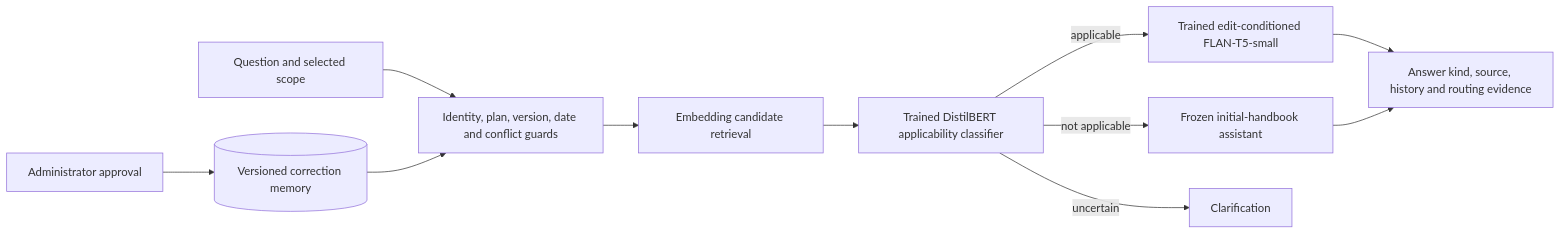
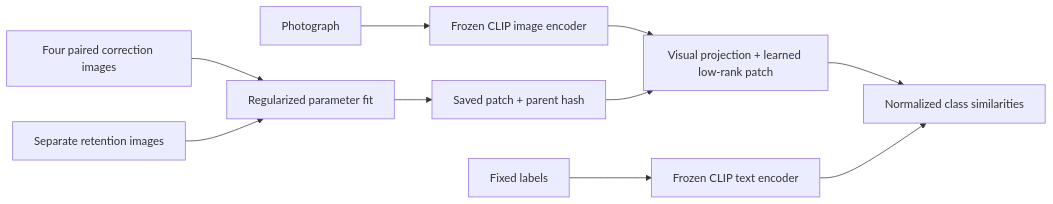
One commit to ShivamRaghav7/verity changed the diagram in README.md. Above: the diagram before and after it, drawn with Mermaid. The commit also changed other lines of this file and 24 other files, not shown here.

Commit message:
Publish frozen visual editing evaluation, comparison figures and deployment recipe

````diff
--- a/README.md
+++ b/README.md
@@ -103,13 +86,12 @@
 ```mermaid
 flowchart LR
-    Admin[Administrator approval] --> Memory[(Versioned correction memory)]
-    Q[Question and selected scope] --> Guard[Identity, plan, version, date and conflict guards]
-    Memory --> Guard
-    Guard --> Retrieve[Embedding candidate retrieval]
-    Retrieve --> Scope[Trained DistilBERT applicability classifier]
-    Scope -->|applicable| Answer[Trained edit-conditioned FLAN-T5-small]
-    Scope -->|not applicable| Base[Frozen initial-handbook assistant]
-    Scope -->|uncertain| Clarify[Clarification]
-    Answer --> Result[Answer kind, source, history and routing evidence]
-    Base --> Result
+    A[Photograph] --> B[Frozen CLIP image encoder]
+    B --> C[Visual projection + learned low-rank patch]
+    C --> E[Normalized class similarities]
+    D[Fixed labels] --> T[Frozen CLIP text encoder]
+    T --> E
+    S[Four paired correction images] --> F[Regularized parameter fit]
+    R[Separate retention images] --> F
+    F --> P[Saved patch + parent hash]
+    P --> C
 ```
````
